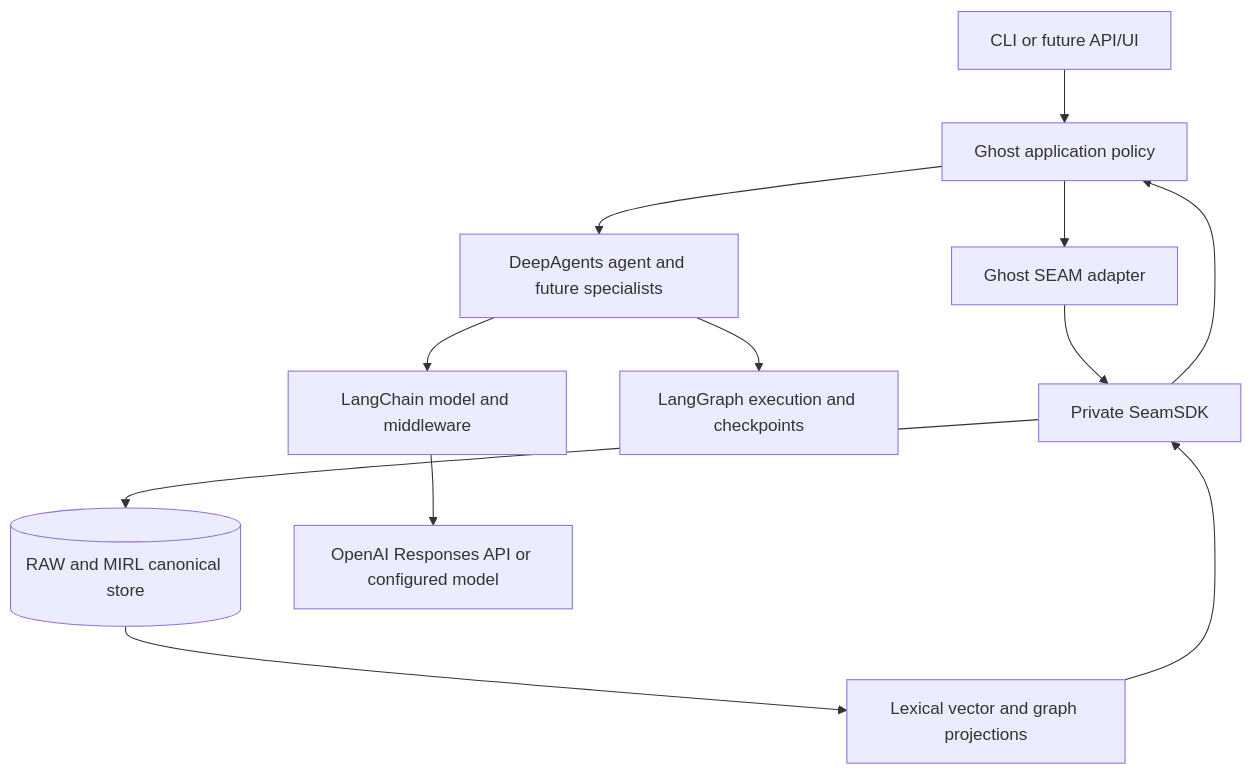
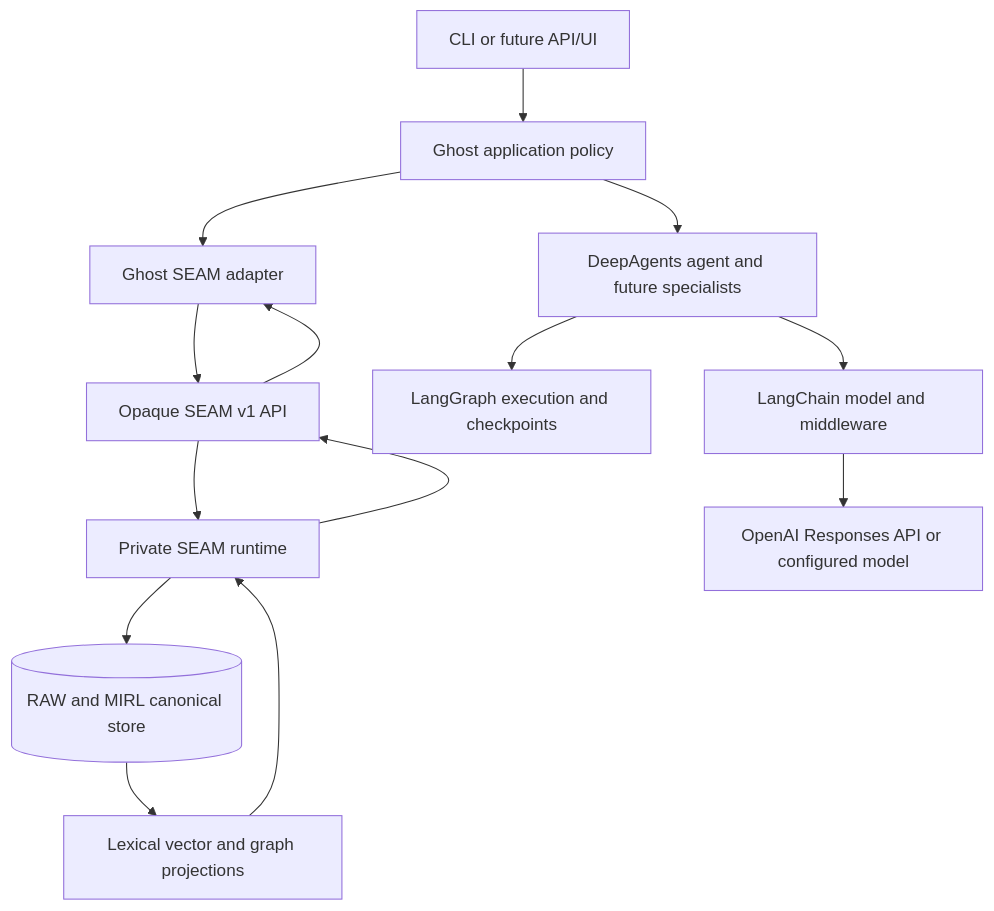
The first of 3 diagrams in docs/architecture/SYSTEM_MAP.md (Canticle-AI-Research/Ghost), drawn with Mermaid before and after one commit. The commit also changed other lines of this file and 50 other files, not shown here.

Commit message:
feat: use opaque public SEAM transport

````diff
--- a/docs/architecture/SYSTEM_MAP.md
+++ b/docs/architecture/SYSTEM_MAP.md
@@ -8,25 +8,28 @@
 ```mermaid
 flowchart TB
     UI[CLI or future API/UI]
     APP[Ghost application policy]
     DA[DeepAgents agent and future specialists]
     LC[LangChain model and middleware]
     LG[LangGraph execution and checkpoints]
     ADAPTER[Ghost SEAM adapter]
-    SDK[Private SeamSDK]
+    API[Opaque SEAM v1 API]
+    SDK[Private SEAM runtime]
     MIRL[(RAW and MIRL canonical store)]
     IDX[Lexical vector and graph projections]
     MODEL[OpenAI Responses API or configured model]
 
     UI --> APP
     APP --> ADAPTER
-    ADAPTER --> SDK
+    ADAPTER --> API
+    API --> SDK
     SDK --> MIRL
     MIRL --> IDX
     IDX --> SDK
     APP --> DA
     DA --> LC
     DA --> LG
     LC --> MODEL
-    SDK --> APP
+    SDK --> API
+    API --> ADAPTER
 ```
````
